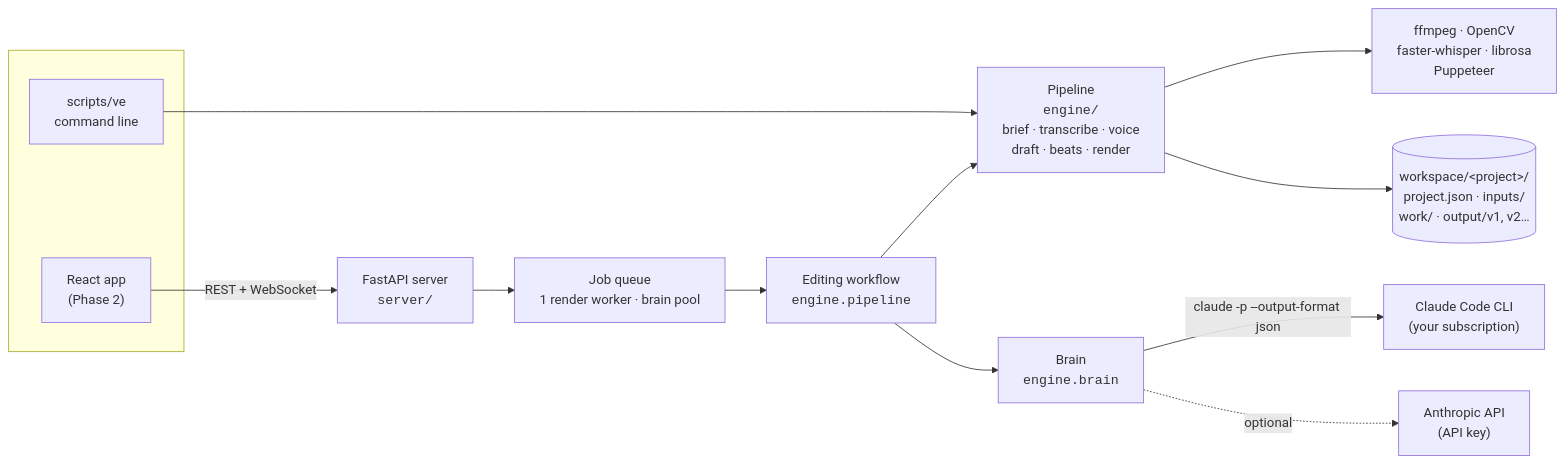
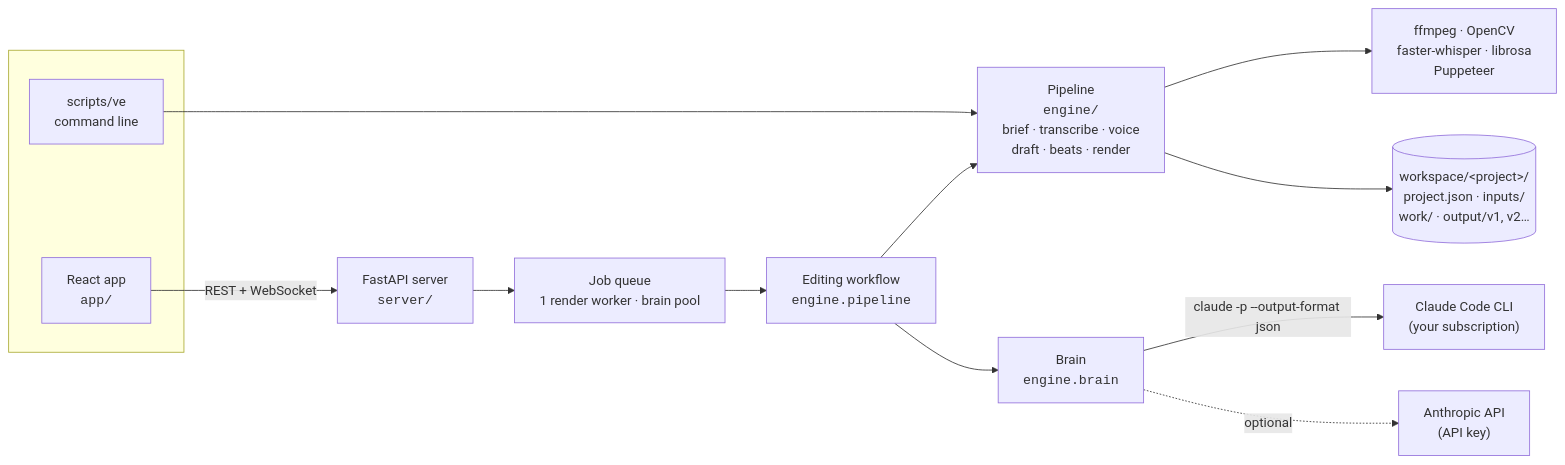
One commit to JT-TEGA/cutroom changed the diagram in README.md. Above: the diagram before and after it, drawn with Mermaid. The commit also changed other lines of this file and 25 other files, not shown here.

````diff
--- a/README.md
+++ b/README.md
@@ -20,18 +24,18 @@
 ```mermaid
 flowchart LR
     subgraph clients[" "]
-        UI["React app<br/>(Phase 2)"]
+        UI["React app<br/><code>app/</code>"]
         CLI["scripts/ve<br/>command line"]
     end
 
     UI -- "REST + WebSocket" --> API["FastAPI server<br/><code>server/</code>"]
     API --> JOBS["Job queue<br/>1 render worker · brain pool"]
     JOBS --> PIPE["Editing workflow<br/><code>engine.pipeline</code>"]
     CLI --> ENGINE
     PIPE --> ENGINE["Pipeline<br/><code>engine/</code><br/>brief · transcribe · voice<br/>draft · beats · render"]
     PIPE --> BRAIN["Brain<br/><code>engine.brain</code>"]
     BRAIN -- "claude -p --output-format json" --> CC["Claude Code CLI<br/>(your subscription)"]
     BRAIN -. "optional" .-> APIK["Anthropic API<br/>(API key)"]
     ENGINE --> TOOLS["ffmpeg · OpenCV<br/>faster-whisper · librosa<br/>Puppeteer"]
     ENGINE --> WS[("workspace/&lt;project&gt;/<br/>project.json · inputs/<br/>work/ · output/v1, v2…")]
 ```
````
